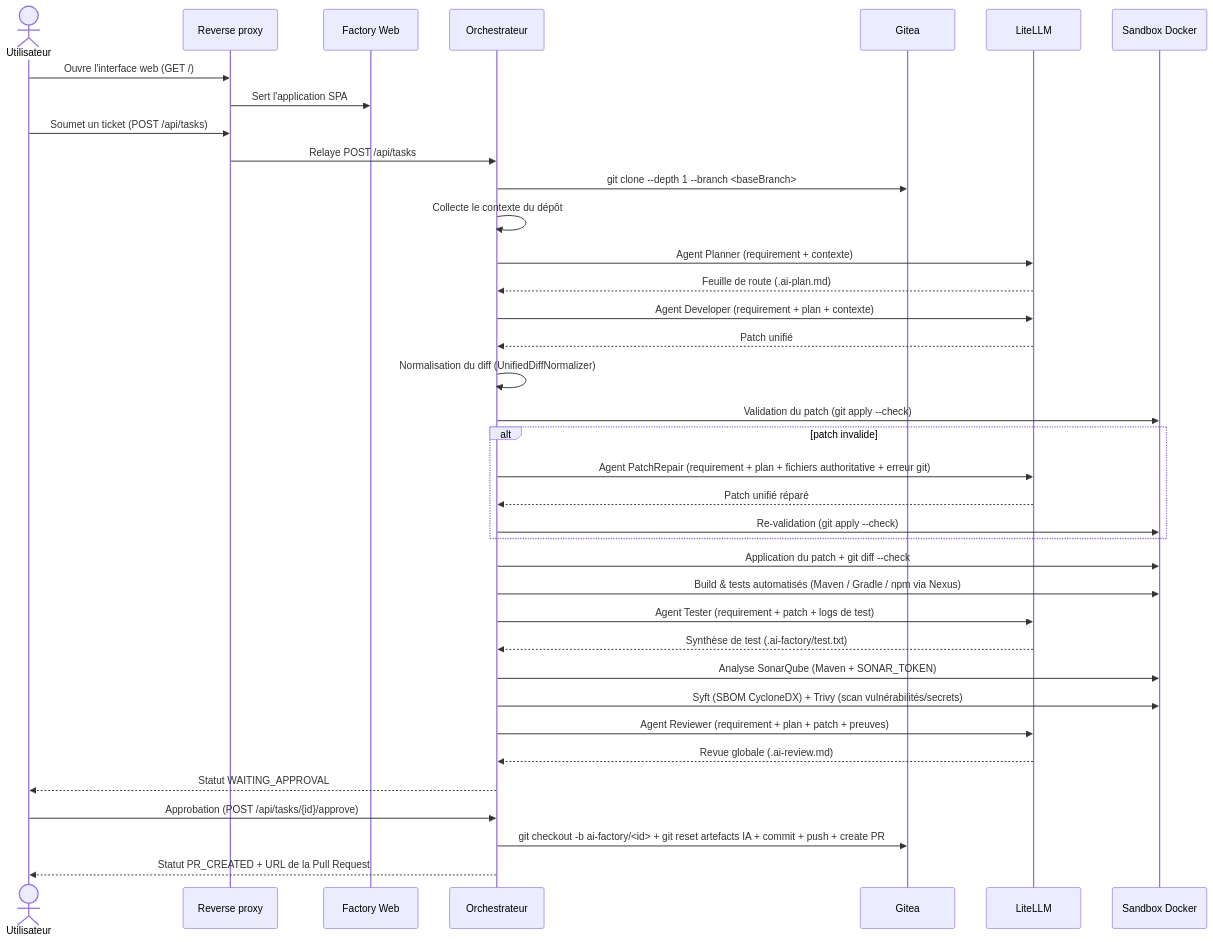
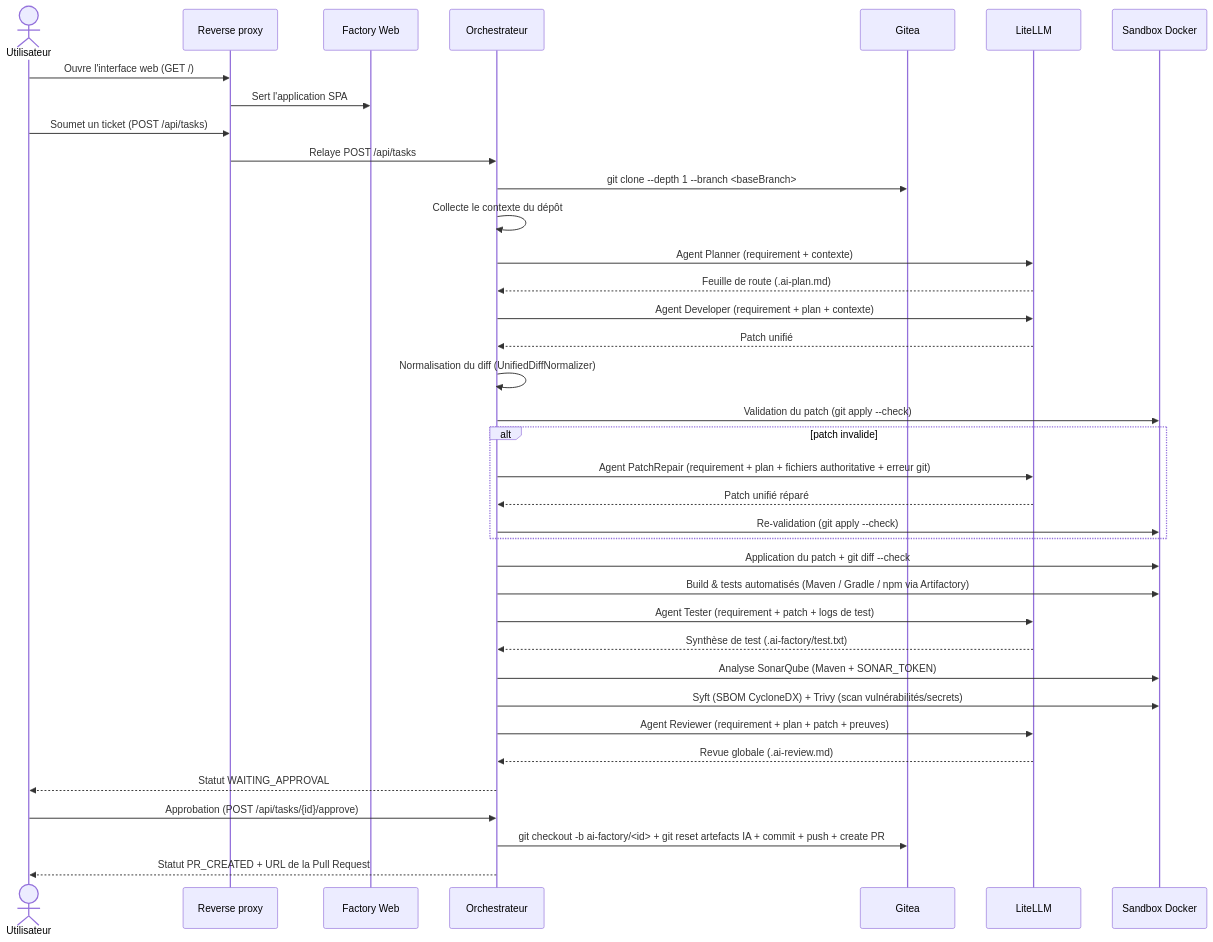
The third of 3 diagrams in docs/architecture.md (dbeaumont/ai-software-factory-local), drawn with Mermaid before and after one commit. The commit also changed other lines of this file and 27 other files, not shown here.

````diff
--- a/docs/architecture.md
+++ b/docs/architecture.md
@@ -82,40 +82,40 @@
 ```mermaid
 sequenceDiagram
   actor U as Utilisateur
   participant P as Reverse proxy
   participant W as Factory Web
   participant O as Orchestrateur
   participant G as Gitea
   participant L as LiteLLM
   participant S as Sandbox Docker
 
   U->>P: Ouvre l'interface web (GET /)
   P->>W: Sert l'application SPA
   U->>P: Soumet un ticket (POST /api/tasks)
   P->>O: Relaye POST /api/tasks
   O->>G: git clone --depth 1 --branch <baseBranch>
   O->>O: Collecte le contexte du dépôt
   O->>L: Agent Planner (requirement + contexte)
   L-->>O: Feuille de route (.ai-plan.md)
   O->>L: Agent Developer (requirement + plan + contexte)
   L-->>O: Patch unifié
   O->>O: Normalisation du diff (UnifiedDiffNormalizer)
   O->>S: Validation du patch (git apply --check)
   alt patch invalide
     O->>L: Agent PatchRepair (requirement + plan + fichiers authoritative + erreur git)
     L-->>O: Patch unifié réparé
     O->>S: Re-validation (git apply --check)
   end
   O->>S: Application du patch + git diff --check
-  O->>S: Build & tests automatisés (Maven / Gradle / npm via Nexus)
+  O->>S: Build & tests automatisés (Maven / Gradle / npm via Artifactory)
   O->>L: Agent Tester (requirement + patch + logs de test)
   L-->>O: Synthèse de test (.ai-factory/test.txt)
   O->>S: Analyse SonarQube (Maven + SONAR_TOKEN)
   O->>S: Syft (SBOM CycloneDX) + Trivy (scan vulnérabilités/secrets)
   O->>L: Agent Reviewer (requirement + plan + patch + preuves)
   L-->>O: Revue globale (.ai-review.md)
   O-->>U: Statut WAITING_APPROVAL
   U->>O: Approbation (POST /api/tasks/{id}/approve)
   O->>G: git checkout -b ai-factory/<id> + git reset artefacts IA + commit + push + create PR
   O-->>U: Statut PR_CREATED + URL de la Pull Request
 ```
````
